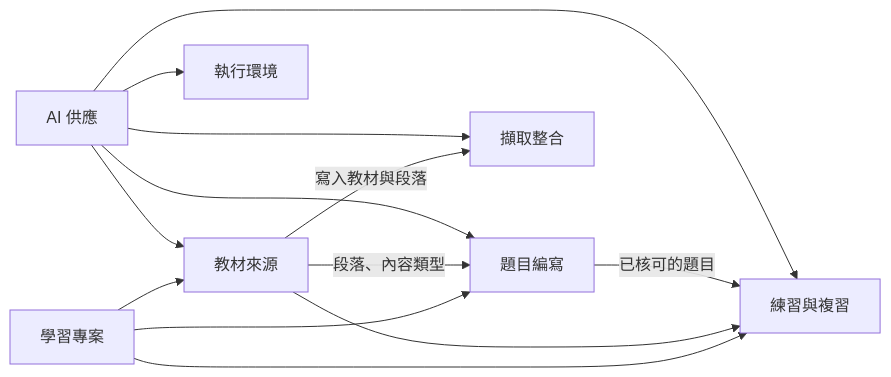
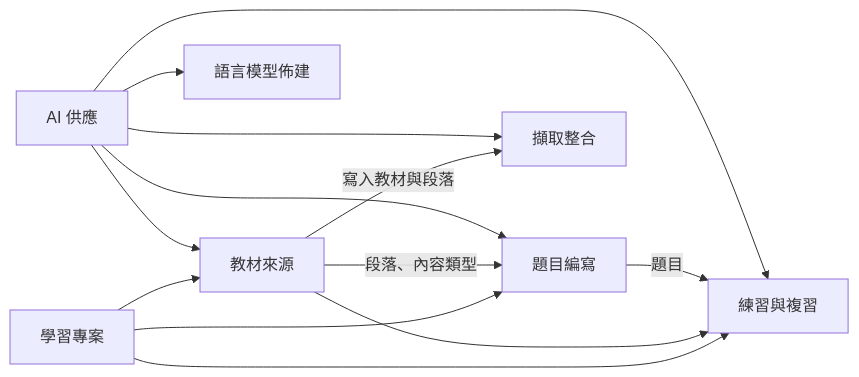
Before and after one commit to WodenWang820118/cert-prep: the diagram in docs/domain/README.md, drawn with Mermaid. The commit also changed other lines of this file and 311 other files, not shown here.

````diff
--- a/docs/domain/README.md
+++ b/docs/domain/README.md
@@ -10,15 +10,15 @@
 ```mermaid
 flowchart LR
   PROJ["學習專案"] --> SRC["教材來源"]
   PROJ --> AUTH["題目編寫"]
   PROJ --> PRAC["練習與複習"]
   SRC -- 段落、內容類型 --> AUTH
   SRC -- 寫入教材與段落 --> CAP["擷取整合"]
   SRC --> PRAC
-  AUTH -- 已核可的題目 --> PRAC
+  AUTH -- 題目 --> PRAC
   AI["AI 供應"] --> AUTH
   AI --> PRAC
   AI --> CAP
   AI --> SRC
-  AI --> RUN["執行環境"]
+  AI --> RUN["語言模型佈建"]
 ```
````
